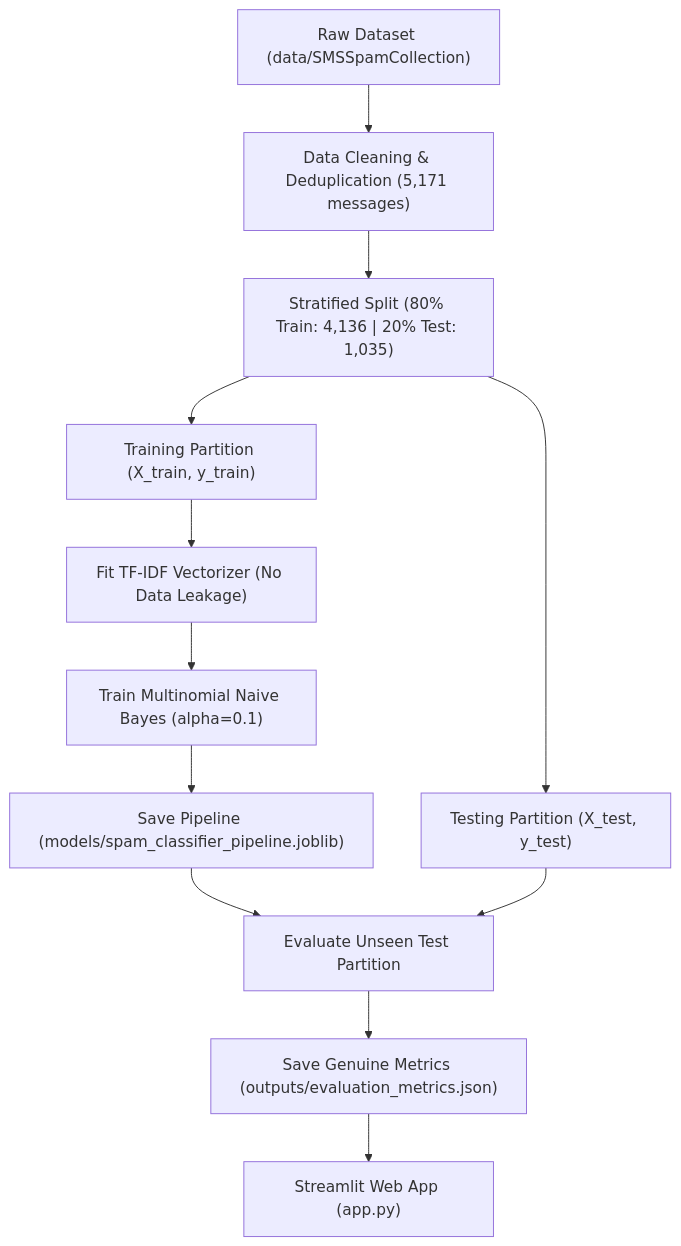
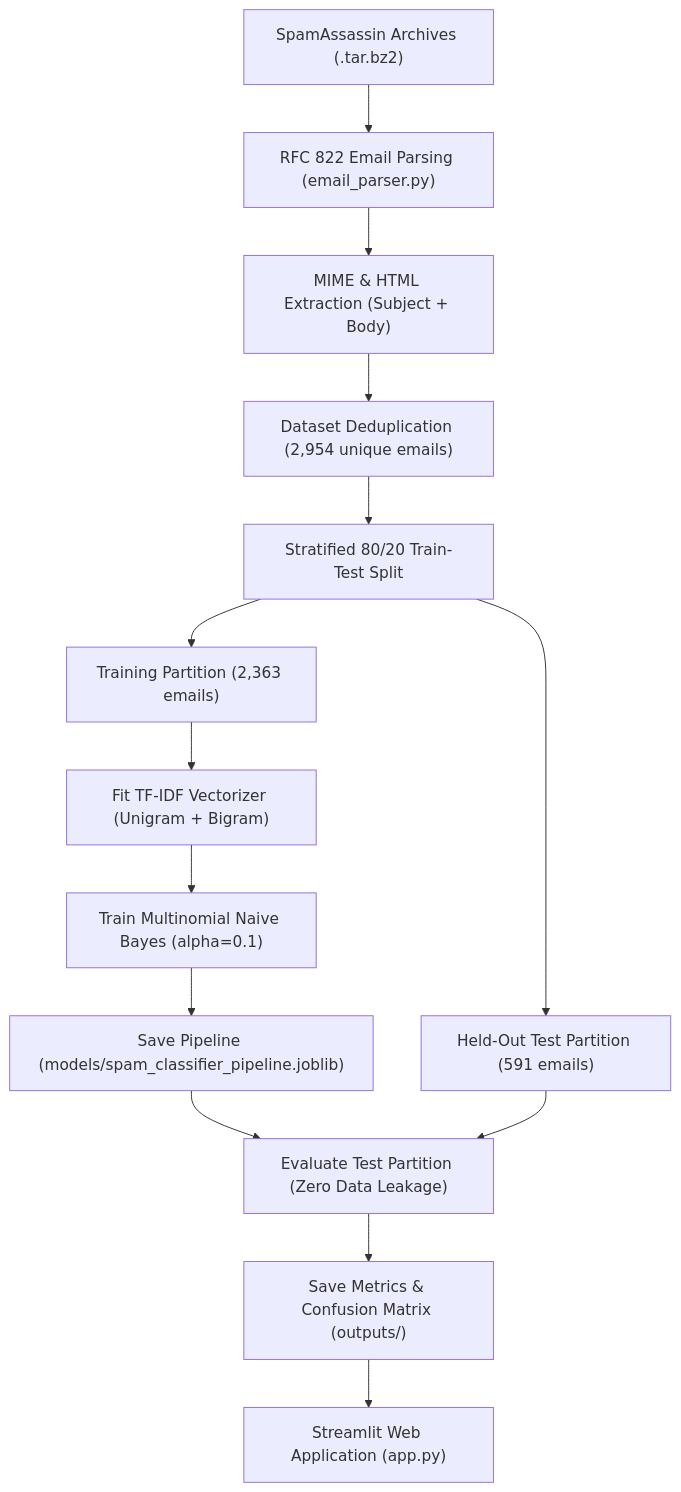
The diagram in README.md (noorachasmi/Spam-Detection-System), drawn with Mermaid before and after one commit. The commit also changed other lines of this file and 11 other files, not shown here.

Commit message:
Upgrade to email spam detection system

````diff
--- a/README.md
+++ b/README.md
@@ -56,14 +53,16 @@
 ```mermaid
 flowchart TD
-    A["Raw Dataset (data/SMSSpamCollection)"] --> B["Data Cleaning & Deduplication (5,171 messages)"]
-    B --> C["Stratified Split (80% Train: 4,136 | 20% Test: 1,035)"]
-    C --> D["Training Partition (X_train, y_train)"]
-    C --> E["Testing Partition (X_test, y_test)"]
-    D --> F["Fit TF-IDF Vectorizer (No Data Leakage)"]
-    F --> G["Train Multinomial Naive Bayes (alpha=0.1)"]
-    G --> H["Save Pipeline (models/spam_classifier_pipeline.joblib)"]
-    H --> I["Evaluate Unseen Test Partition"]
-    E --> I
-    I --> J["Save Genuine Metrics (outputs/evaluation_metrics.json)"]
-    J --> K["Streamlit Web App (app.py)"]
+    A["SpamAssassin Archives (.tar.bz2)"] --> B["RFC 822 Email Parsing (email_parser.py)"]
+    B --> C["MIME & HTML Extraction (Subject + Body)"]
+    C --> D["Dataset Deduplication (2,954 unique emails)"]
+    D --> E["Stratified 80/20 Train-Test Split"]
+    E --> F["Training Partition (2,363 emails)"]
+    E --> G["Held-Out Test Partition (591 emails)"]
+    F --> H["Fit TF-IDF Vectorizer (Unigram + Bigram)"]
+    H --> I["Train Multinomial Naive Bayes (alpha=0.1)"]
+    I --> J["Save Pipeline (models/spam_classifier_pipeline.joblib)"]
+    J --> K["Evaluate Test Partition (Zero Data Leakage)"]
+    G --> K
+    K --> L["Save Metrics & Confusion Matrix (outputs/)"]
+    L --> M["Streamlit Web Application (app.py)"]
 ```
````
